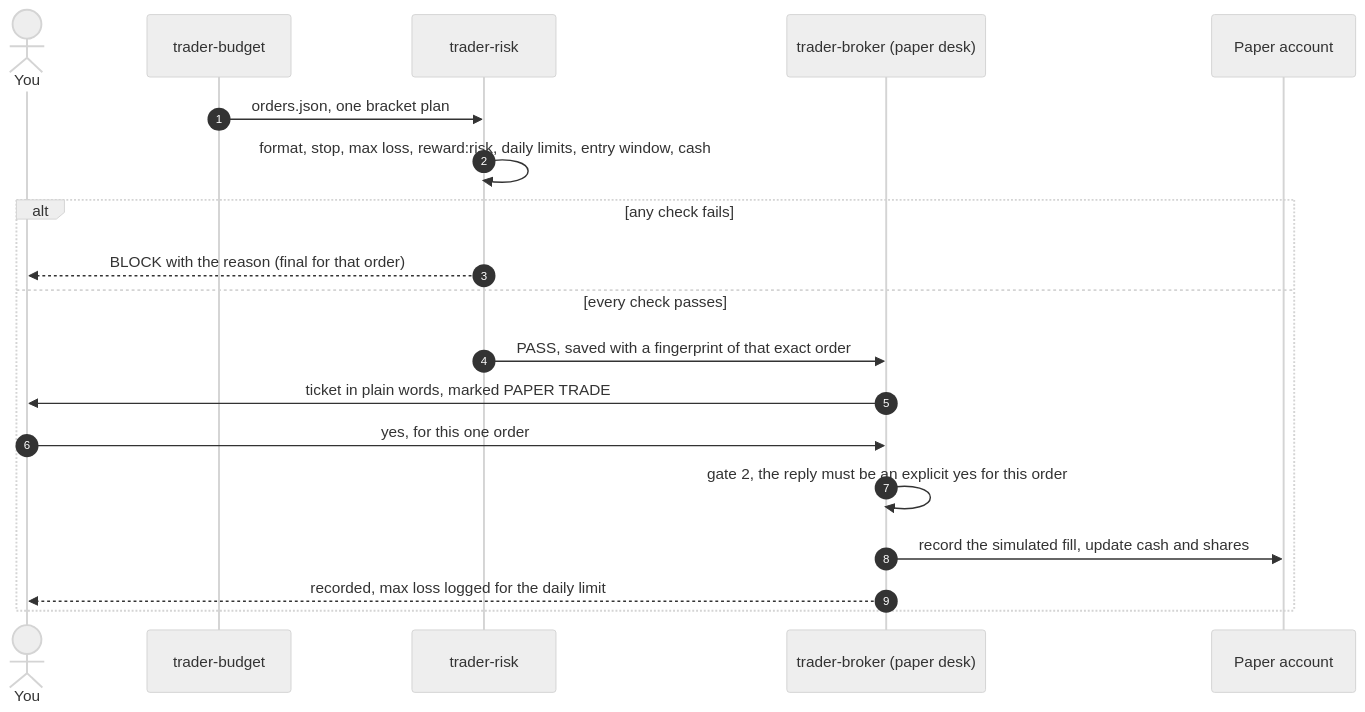
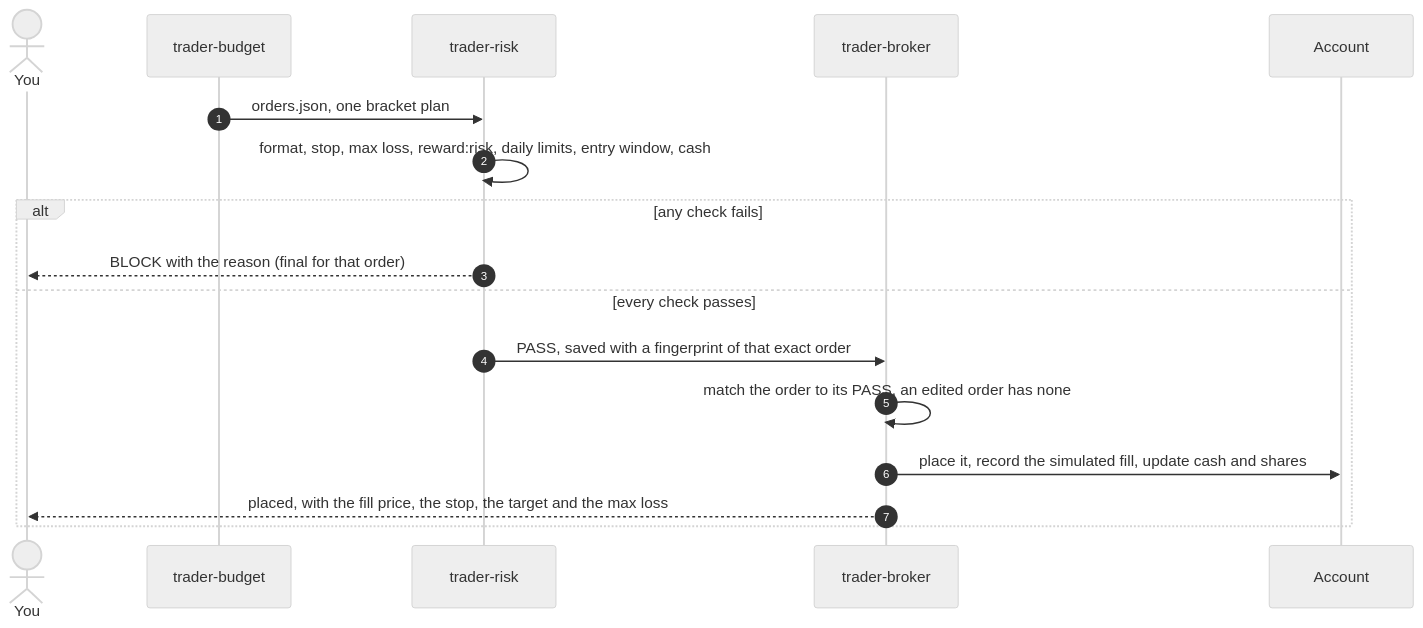
Before and after one commit to amansoni7477030/day-trader-skill-indian-market: the third of 7 diagrams in README.md, drawn with Mermaid (neutral theme). The commit also changed other lines of this file and 26 other files, not shown here.

First line of the commit message:
Place orders as soon as the risk check passes; drop the paper-trading wording

````diff
--- a/README.md
+++ b/README.md
@@ -124,22 +125,20 @@
 ```mermaid
 sequenceDiagram
     autonumber
     actor You
     participant Budget as trader-budget
     participant Risk as trader-risk
-    participant Desk as trader-broker (paper desk)
-    participant Acct as Paper account
+    participant Desk as trader-broker
+    participant Acct as Account
 
     Budget->>Risk: orders.json, one bracket plan
     Risk->>Risk: format, stop, max loss, reward:risk, daily limits, entry window, cash
     alt any check fails
         Risk-->>You: BLOCK with the reason (final for that order)
     else every check passes
         Risk->>Desk: PASS, saved with a fingerprint of that exact order
-        Desk->>You: ticket in plain words, marked PAPER TRADE
-        You->>Desk: yes, for this one order
-        Desk->>Desk: gate 2, the reply must be an explicit yes for this order
-        Desk->>Acct: record the simulated fill, update cash and shares
-        Desk-->>You: recorded, max loss logged for the daily limit
+        Desk->>Desk: match the order to its PASS, an edited order has none
+        Desk->>Acct: place it, record the simulated fill, update cash and shares
+        Desk-->>You: placed, with the fill price, the stop, the target and the max loss
     end
 ```
````
